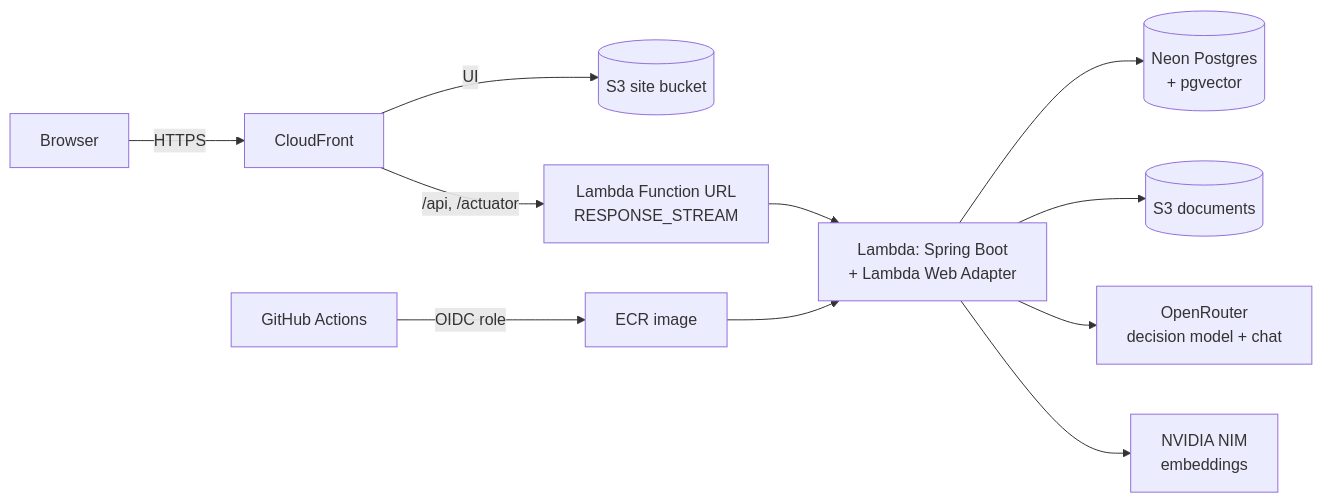
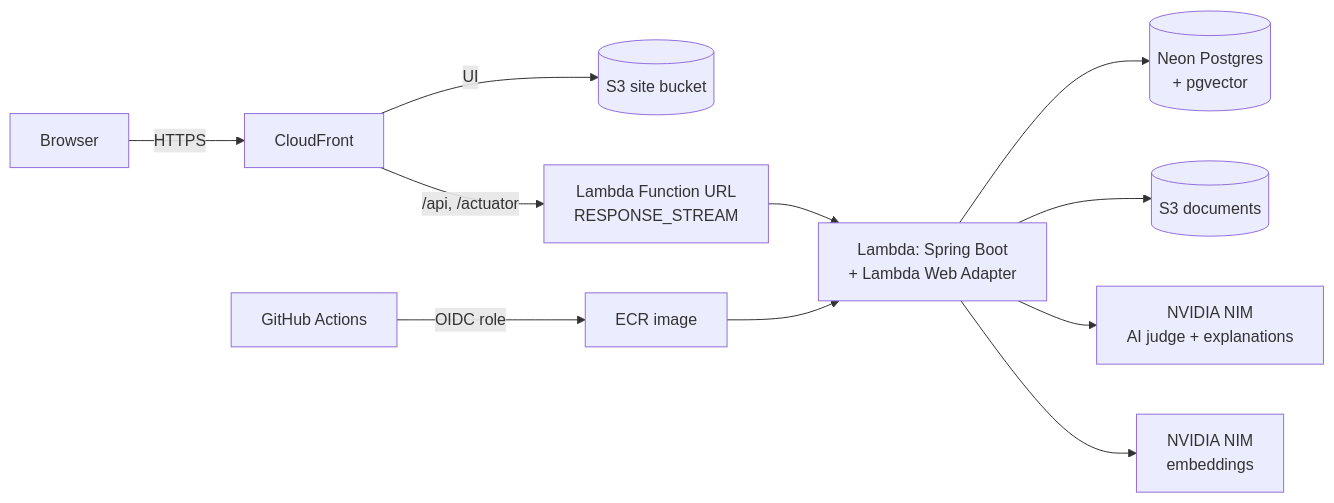
Before and after one commit to arshdeep3010/health-claim-decision-agent: diagram 12 of 14 in PROJECT.md, drawn with Mermaid. The commit also changed other lines of this file and 2 other files, not shown here.

Commit message:
Docs: AI judge is Nemotron 3.5 Bolt on NVIDIA NIM; decision model kept as an optional engine

````diff
--- a/PROJECT.md
+++ b/PROJECT.md
@@ -564,12 +548,12 @@
 ```mermaid
 flowchart LR
   user["Browser"] -->|HTTPS| cf["CloudFront"]
   cf -->|"UI"| site[("S3 site bucket")]
   cf -->|"/api, /actuator"| url["Lambda Function URL<br/>RESPONSE_STREAM"]
   url --> lam["Lambda: Spring Boot<br/>+ Lambda Web Adapter"]
   lam --> neon[("Neon Postgres<br/>+ pgvector")]
   lam --> docs[("S3 documents")]
-  lam --> or["OpenRouter<br/>decision model + chat"]
+  lam --> or["NVIDIA NIM<br/>AI judge + explanations"]
   lam --> nim["NVIDIA NIM<br/>embeddings"]
   gh["GitHub Actions"] -->|"OIDC role"| ecr["ECR image"] --> lam
 ```
````
